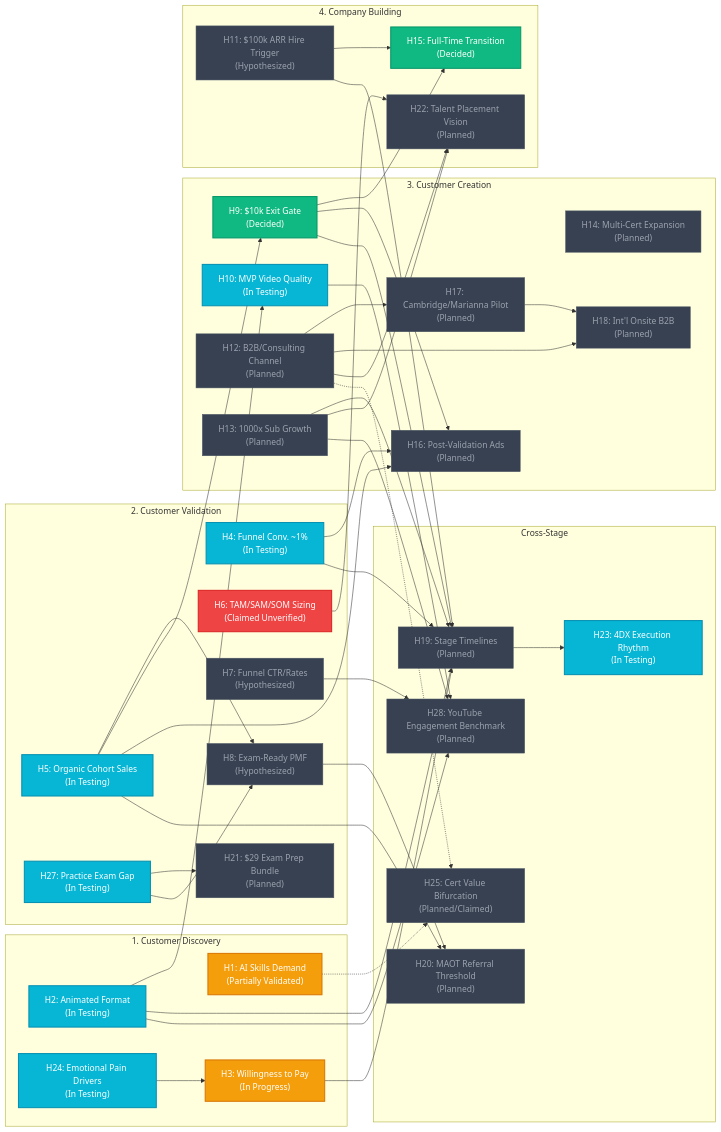
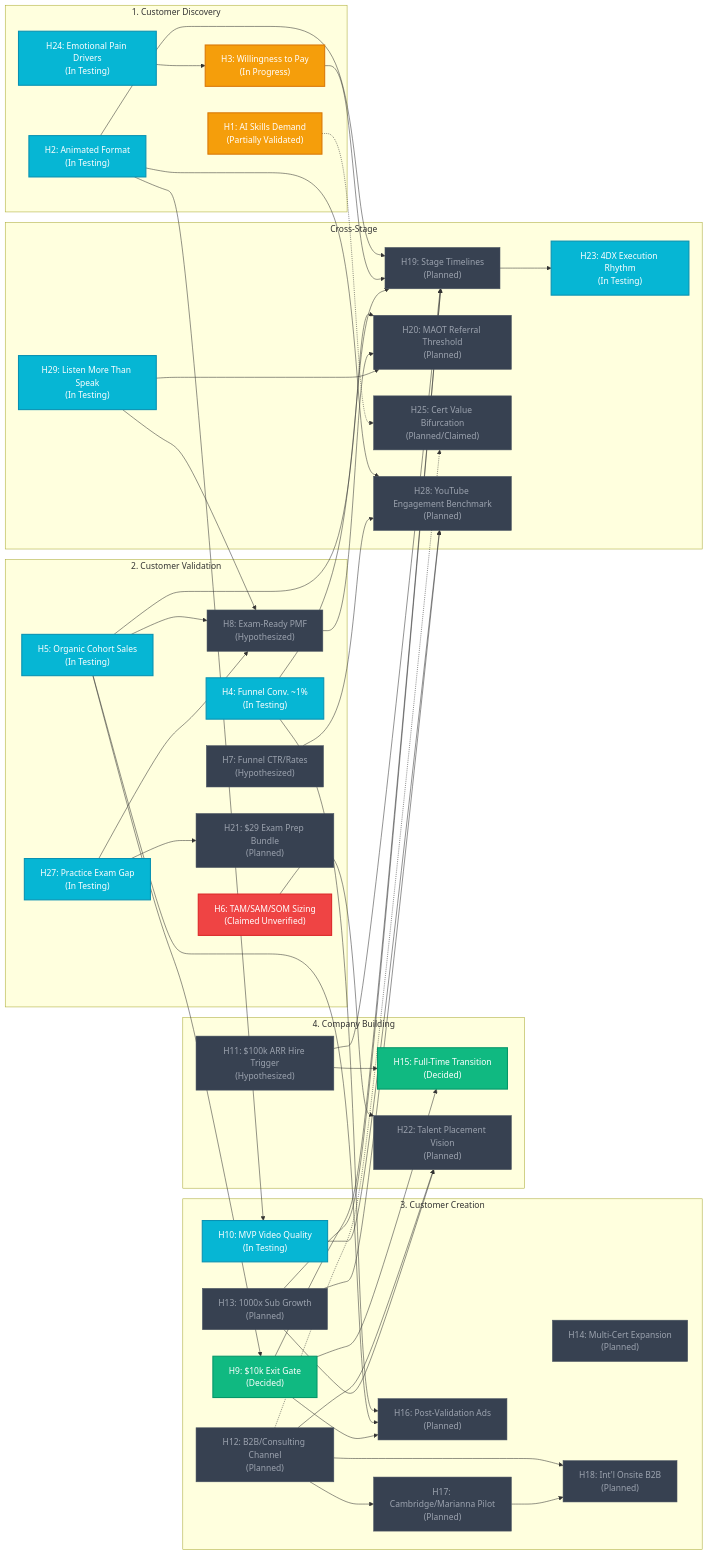
The diagram in HYPOTHESIS.md (rifaterdemsahin/AI-Certification-Customer-Development), drawn with Mermaid before and after one commit. The commit also changed other lines of this file and 36 other files, not shown here.

First line of the commit message:
Add Listen More Than You Speak founder-role page and H29

````diff
--- a/HYPOTHESIS.md
+++ b/HYPOTHESIS.md
@@ -55,6 +55,7 @@
         H23["H23: 4DX Execution Rhythm<br>(In Testing)"]:::testing
         H25["H25: Cert Value Bifurcation<br>(Planned/Claimed)"]:::planned
         H28["H28: YouTube Engagement Benchmark<br>(Planned)"]:::planned
+        H29["H29: Listen More Than Speak<br>(In Testing)"]:::testing
     end
 
     %% Dependencies
@@ -90,4 +91,6 @@
     H13 --> H28
     H1 -.-> H25
     H12 -.-> H25
+    H29 --> H8
+    H29 --> H20
 ```
````
